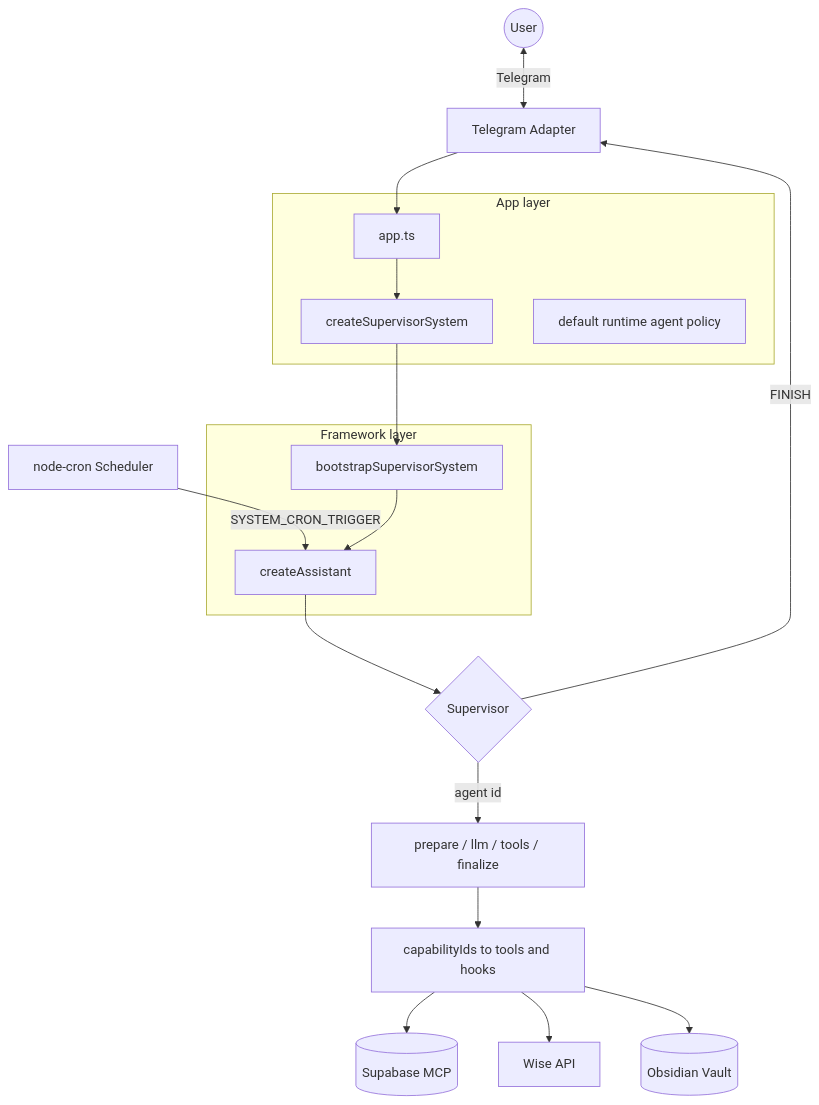
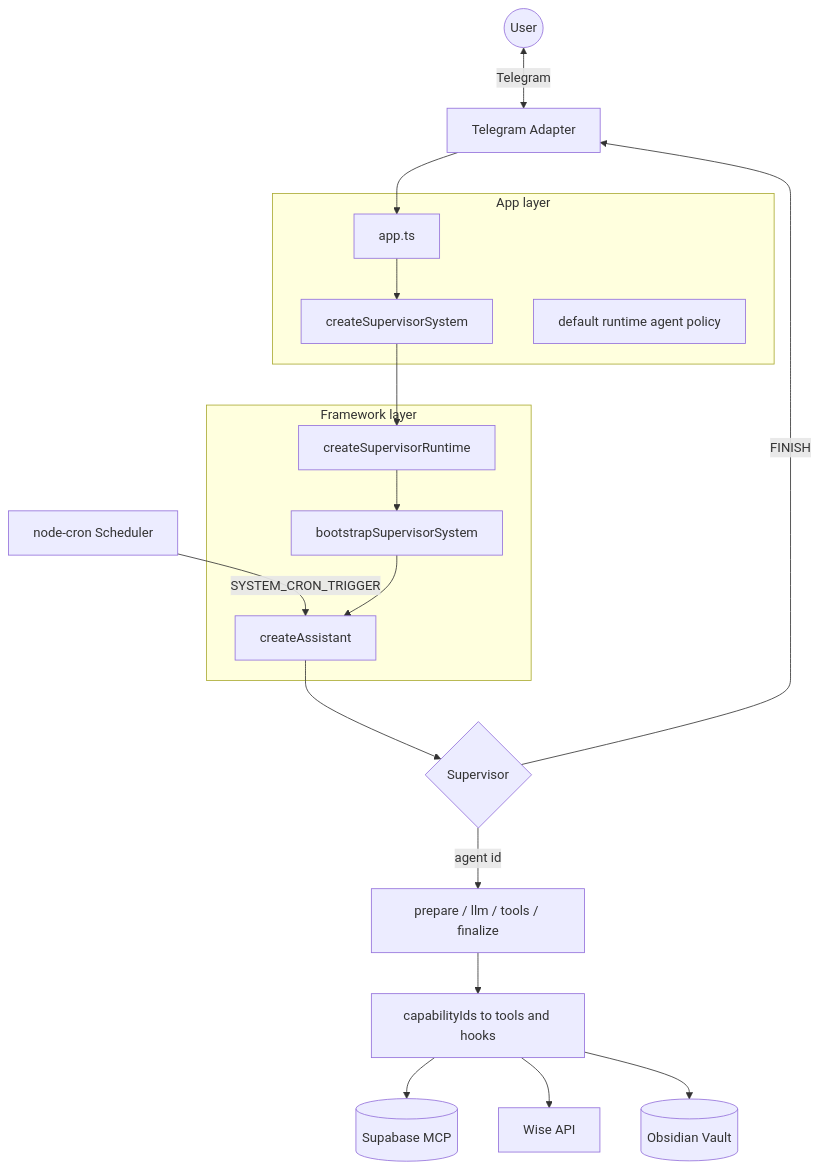
One commit to slnnzmtl/langgraph-personal-assistant changed the diagram in README.md. Above: the diagram before and after it, drawn with Mermaid. The commit also changed other lines of this file and 29 other files, not shown here.

````diff
--- a/README.md
+++ b/README.md
@@ -9,25 +9,26 @@
 ```mermaid
 graph TD
     User((User)) <-->|Telegram| Adapter[Telegram Adapter]
     Cron[node-cron Scheduler] -->|SYSTEM_CRON_TRIGGER| CreateAssistant
 
     subgraph AppLayer [App layer]
         AppTS[app.ts]
         PersonalPack[createSupervisorSystem]
         AppPolicy[default runtime agent policy]
     end
 
     subgraph FrameworkLayer [Framework layer]
+        Runtime[createSupervisorRuntime]
         Bootstrap[bootstrapSupervisorSystem]
         CreateAssistant[createAssistant]
     end
 
-    Adapter --> AppTS --> PersonalPack --> Bootstrap --> CreateAssistant
+    Adapter --> AppTS --> PersonalPack --> Runtime --> Bootstrap --> CreateAssistant
     CreateAssistant --> Supervisor{Supervisor}
     Supervisor -->|agent id| RuntimeLoop[prepare / llm / tools / finalize]
     RuntimeLoop --> Capabilities[capabilityIds to tools and hooks]
     Capabilities --> Supabase[(Supabase MCP)]
     Capabilities --> Wise[Wise API]
     Capabilities --> Vault[(Obsidian Vault)]
     Supervisor -->|FINISH| Adapter
 ```
````
